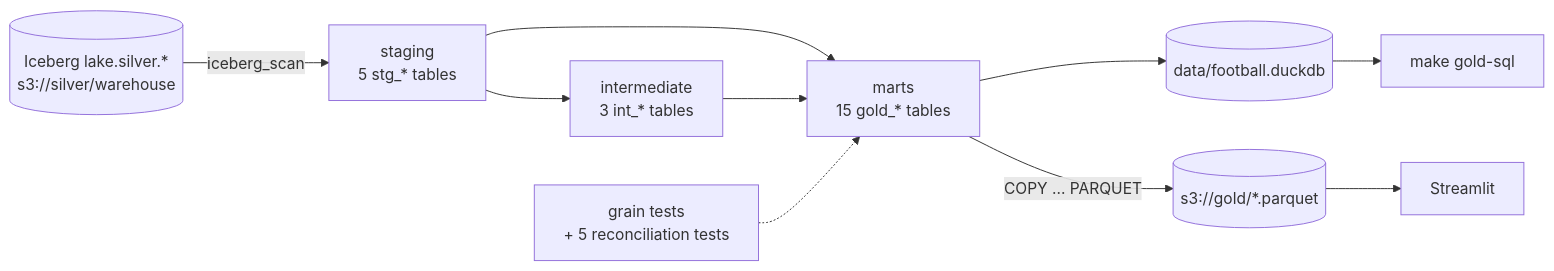
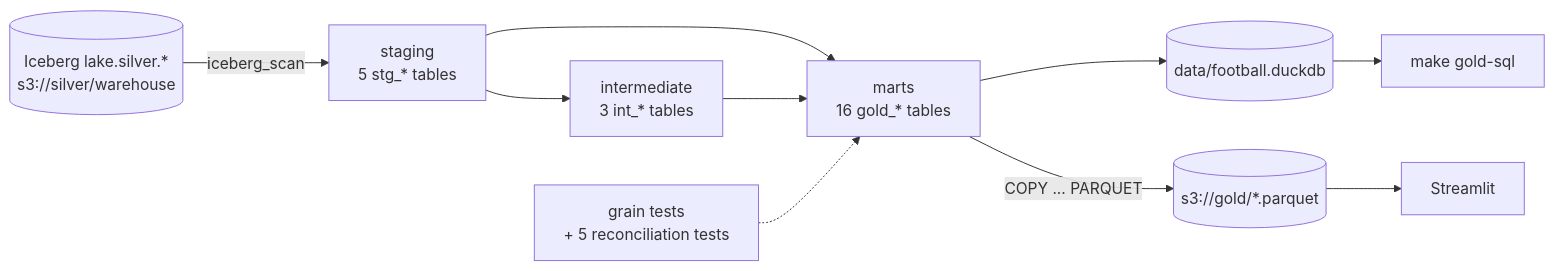
Before and after one commit to Anaximandr0s/football-data-platform: the diagram in dbt/README.md, drawn with Mermaid. The commit also changed other lines of this file and 10 other files, not shown here.

````diff
--- a/dbt/README.md
+++ b/dbt/README.md
@@ -8,12 +8,12 @@
 ```mermaid
 flowchart LR
     S[(Iceberg lake.silver.*<br/>s3://silver/warehouse)] -->|iceberg_scan| ST[staging<br/>5 stg_* tables]
     ST --> I[intermediate<br/>3 int_* tables]
-    ST --> M[marts<br/>15 gold_* tables]
+    ST --> M[marts<br/>16 gold_* tables]
     I --> M
     M --> D[(data/football.duckdb)]
     M -->|COPY ... PARQUET| G[(s3://gold/*.parquet)]
     T[grain tests<br/>+ 5 reconciliation tests] -.-> M
     D --> Q[make gold-sql]
     G --> A[Streamlit]
 ```
````
